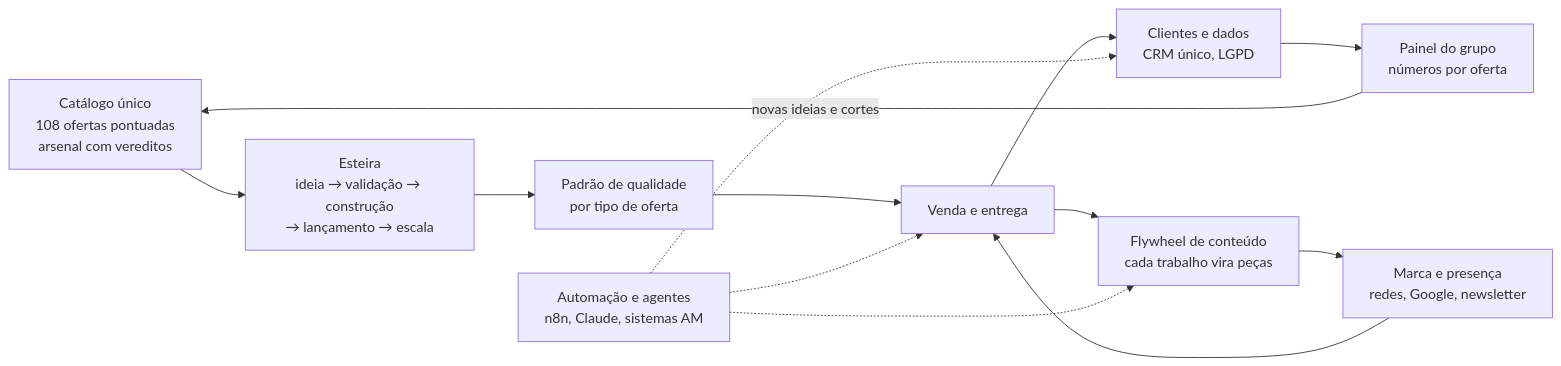
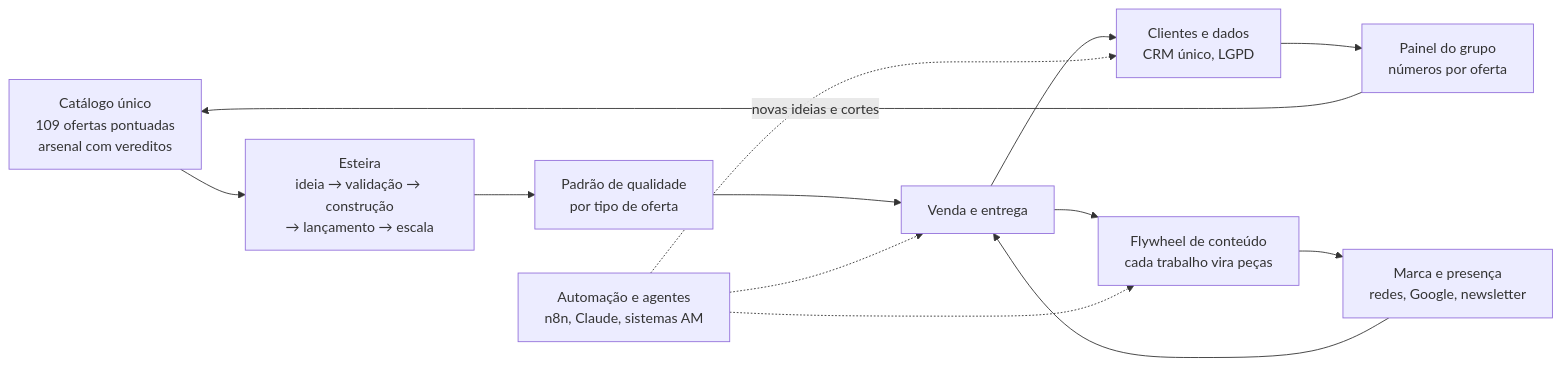
The diagram in docs/operacao/README.md (AlanMateus17/dev-setup), drawn with Mermaid before and after one commit. The commit also changed 53 other files, not shown here.

````diff
--- a/docs/operacao/README.md
+++ b/docs/operacao/README.md
@@ -11,15 +11,15 @@
 ```mermaid
 flowchart LR
-  C["Catálogo único<br/>108 ofertas pontuadas<br/>arsenal com vereditos"] --> E["Esteira<br/>ideia → validação → construção<br/>→ lançamento → escala"]
+  C["Catálogo único<br/>109 ofertas pontuadas<br/>arsenal com vereditos"] --> E["Esteira<br/>ideia → validação → construção<br/>→ lançamento → escala"]
   E --> Q["Padrão de qualidade<br/>por tipo de oferta"]
   Q --> V["Venda e entrega"]
   V --> D["Clientes e dados<br/>CRM único, LGPD"]
   V --> F["Flywheel de conteúdo<br/>cada trabalho vira peças"]
   F --> M["Marca e presença<br/>redes, Google, newsletter"]
   M --> V
   D --> P["Painel do grupo<br/>números por oferta"]
   P -->|"novas ideias e cortes"| C
   A["Automação e agentes<br/>n8n, Claude, sistemas AM"] -.-> V
   A -.-> F
   A -.-> D
 ```
````
